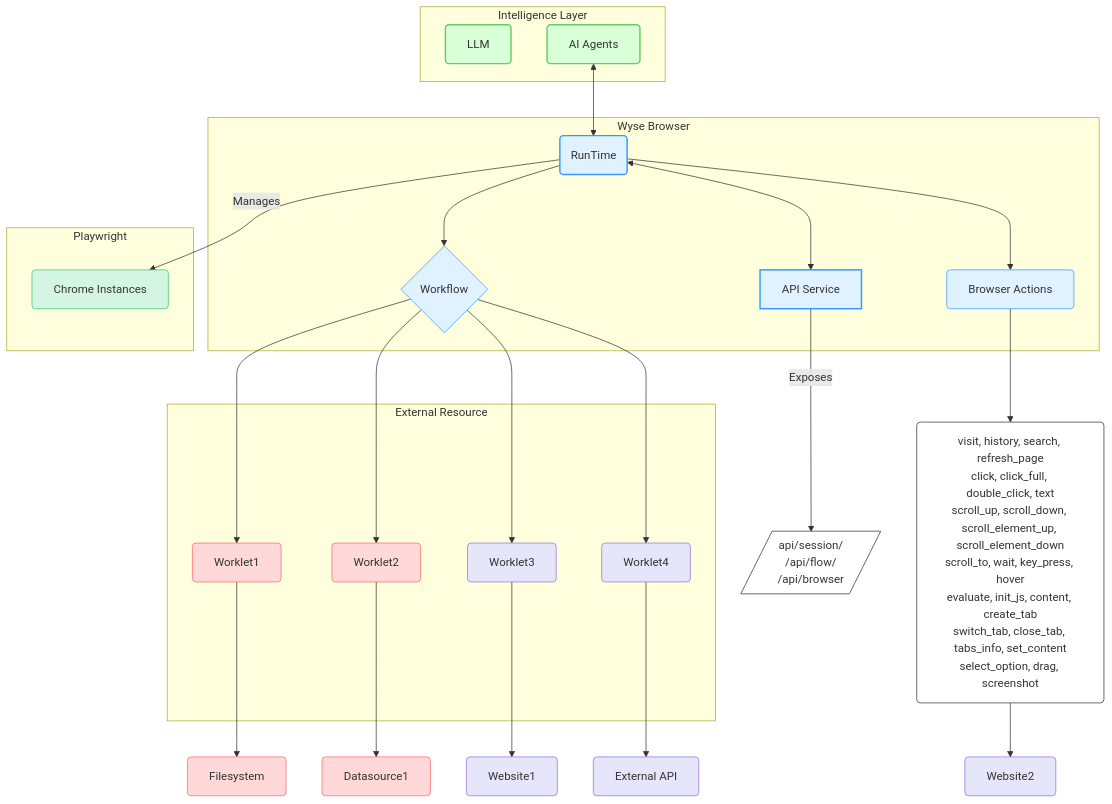
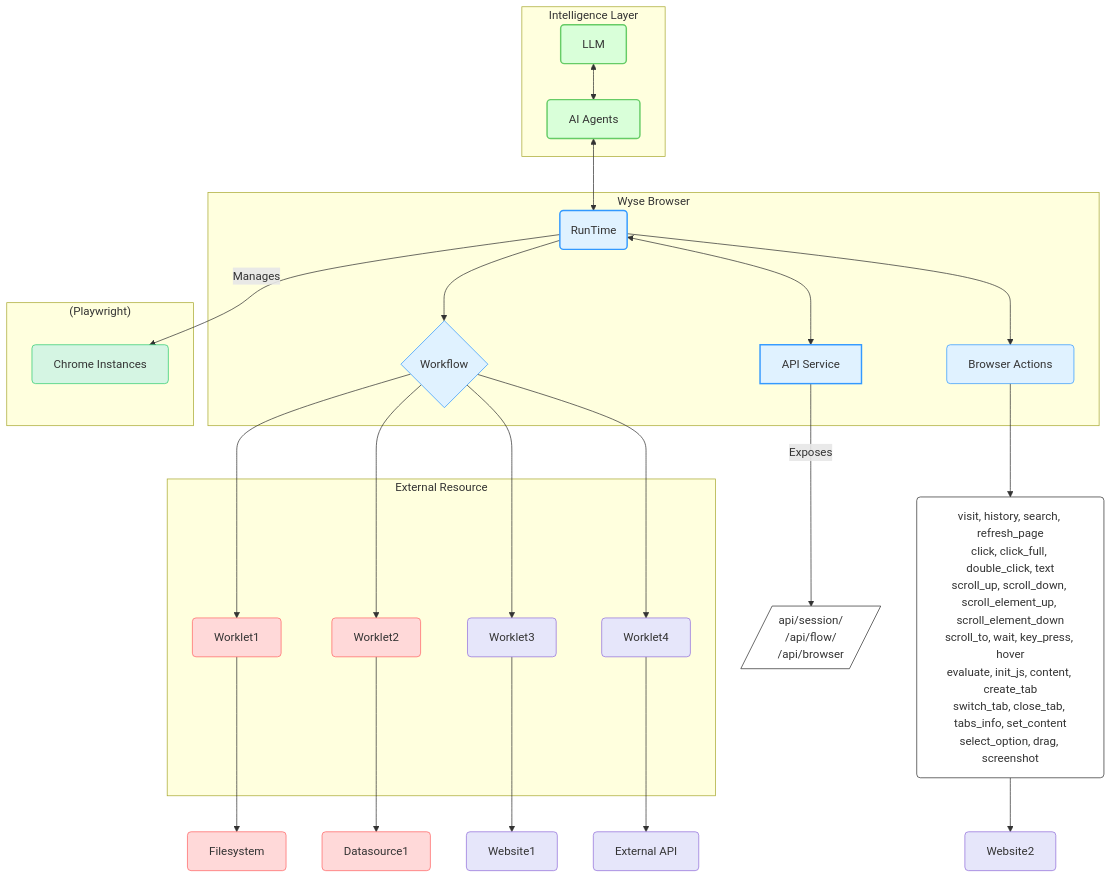
The diagram in README.md (WyseOS/wyse-browser), drawn with Mermaid before and after one commit. The commit also changed other lines of this file, not shown here.

````diff
--- a/README.md
+++ b/README.md
@@ -11,69 +21,69 @@
 ```mermaid
 graph TD
     subgraph Intelligence Layer
         M[LLM]
         A[AI Agents]
     end
+    M <--> A
+    
+    APIS -- Exposes --> APIList[/api/session/<br>/api/flow/<br>/api/browser/]
 
     subgraph Wyse Browser
         B(RunTime)
         C{Workflow}
         AS[Browser Actions]
         APIS[API Service]
     end
 
-    subgraph "Playwright"
+    subgraph "(Playwright)"
         BIs[Chrome Instances]
     end
   
     A <--> B
     B <--> APIS
     B --> C
     B --> AS
     
     B -- Manages --> BIs
-
-
-    APIS -- Exposes --> APIList[/api/session/<br>/api/flow/<br>/api/browser/]
 
     AL[visit, history, search, refresh_page<br/>click, click_full, double_click, text<br/>scroll_up, scroll_down, scroll_element_up, scroll_element_down<br/>scroll_to, wait, key_press, hover<br/>evaluate, init_js, content, create_tab<br/>switch_tab, close_tab, tabs_info, set_content<br/>select_option, drag, screenshot]
     AS --> AL
 
     AL --> W2[Website2]
 
     C --> D[Worklet1]
     C --> E[Worklet2]
     C --> F[Worklet3]
     C --> G[Worklet4]
     
     subgraph External Resource
         D
         E
         F
         G
     end
 
     D --> I[Filesystem]
     E --> J[Datasource1]
     F --> K[Website1]
     G --> L[External API]
 
     style M fill:#D9FFD9,stroke:#66CC66,stroke-width:2px,rx:5px,ry:5px;
     style A fill:#D9FFD9,stroke:#66CC66,stroke-width:2px,rx:5px,ry:5px;
     style B fill:#E0F2FF,stroke:#3399FF,stroke-width:2px;
     style C fill:#E0F2FF,stroke:#3399FF,stroke-width:1px,rx:5px,ry:5px;
     style AS fill:#E0F2FF,stroke:#3399FF,stroke-width:1px,rx:5px,ry:5px;
     style APIS fill:#E0F2FF,stroke:#3399FF,stroke-width:2px;
     style APIList fill:#FFF,stroke:#333,stroke-width:1px,rx:5px,ry:5px;
     style D fill:#FFD9D9,stroke:#FF6666,stroke-width:1px,rx:5px,ry:5px;
     style E fill:#FFD9D9,stroke:#FF6666,stroke-width:1px,rx:5px,ry:5px;
     style F fill:#E6E6FA,stroke:#9370DB,stroke-width:1px,rx:5px,ry:5px;
     style G fill:#E6E6FA,stroke:#9370DB,stroke-width:1px,rx:5px,ry:5px;
     style I fill:#FFD9D9,stroke:#FF6666,stroke-width:1px,rx:5px,ry:5px;
     style J fill:#FFD9D9,stroke:#FF6666,stroke-width:1px,rx:5px,ry:5px;
     style K fill:#E6E6FA,stroke:#9370DB,stroke-width:1px,rx:5px,ry:5px;
     style L fill:#E6E6FA,stroke:#9370DB,stroke-width:1px,rx:5px,ry:5px;
     style W2 fill:#E6E6FA,stroke:#9370DB,stroke-width:1px,rx:5px,ry:5px;
     style AL fill:#FFF,stroke:#333,stroke-width:1px,rx:5px,ry:5px;
     style BIs fill:#D5F5E3,stroke:#2ECC71,stroke-width:1px,rx:5px,ry:5px;
 ```
````
